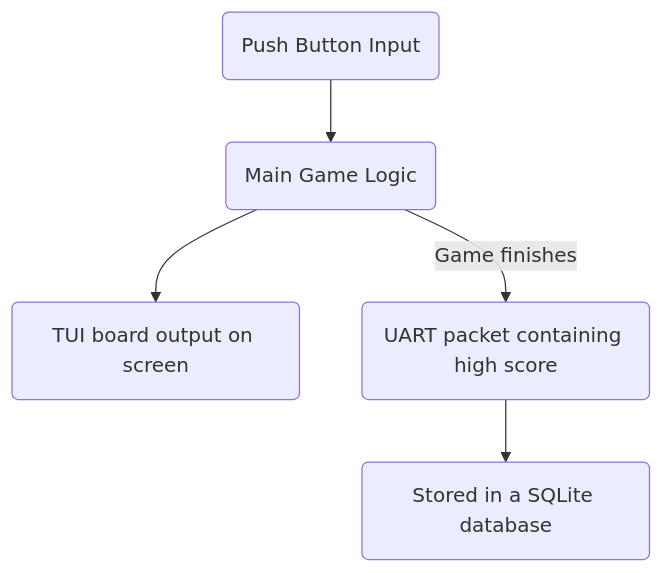
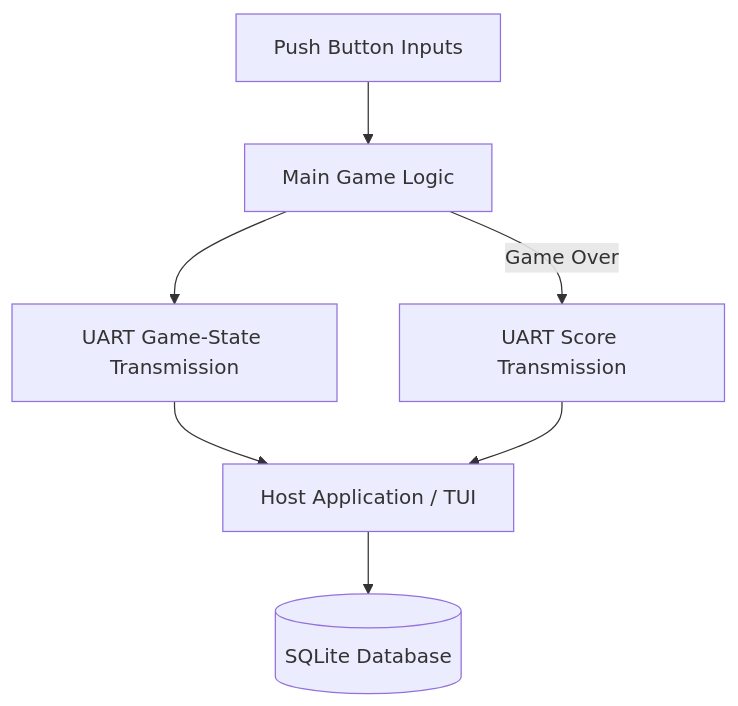
Before and after one commit to SirLancelot-13/FPGA-Tetris: the diagram in README.md, drawn with Mermaid. The commit also changed other lines of this file, not shown here.

````diff
--- a/README.md
+++ b/README.md
@@ -4,8 +9,9 @@
 ```mermaid
 flowchart TD
-    A(Push Button Input) --> B(Main Game Logic)
-    B --> C(TUI board output on screen)
-    B -- Game finishes --> D(UART packet containing high score)
-    D --> E(Stored in a SQLite database)
-
+    A[Push Button Inputs] --> B[Main Game Logic]
+    B --> C[UART Game-State Transmission]
+    C --> D[Host Application / TUI]
+    B -- Game Over --> E[UART Score Transmission]
+    E --> D
+    D --> F[(SQLite Database)]
 ```
````
